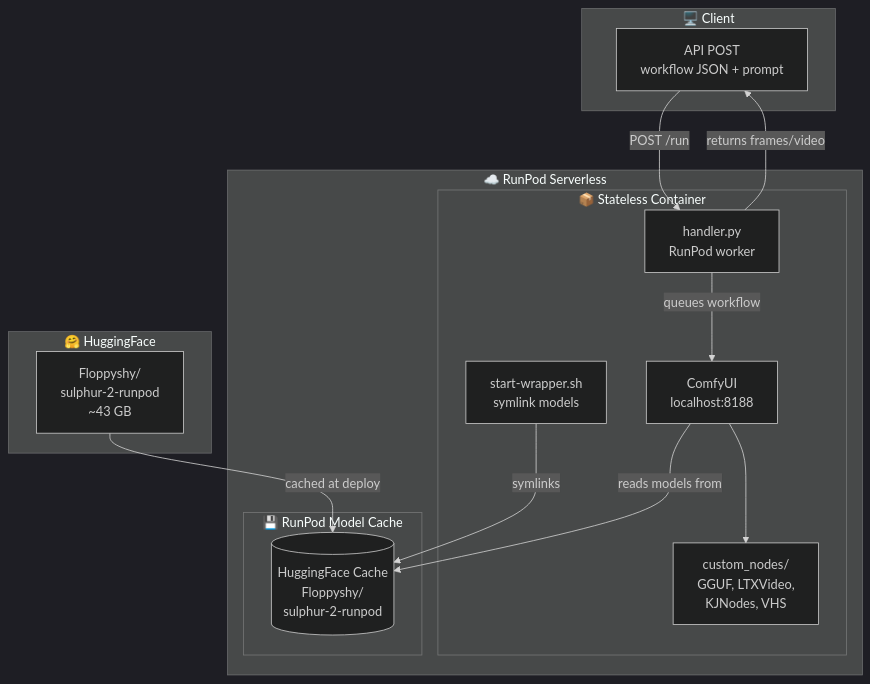
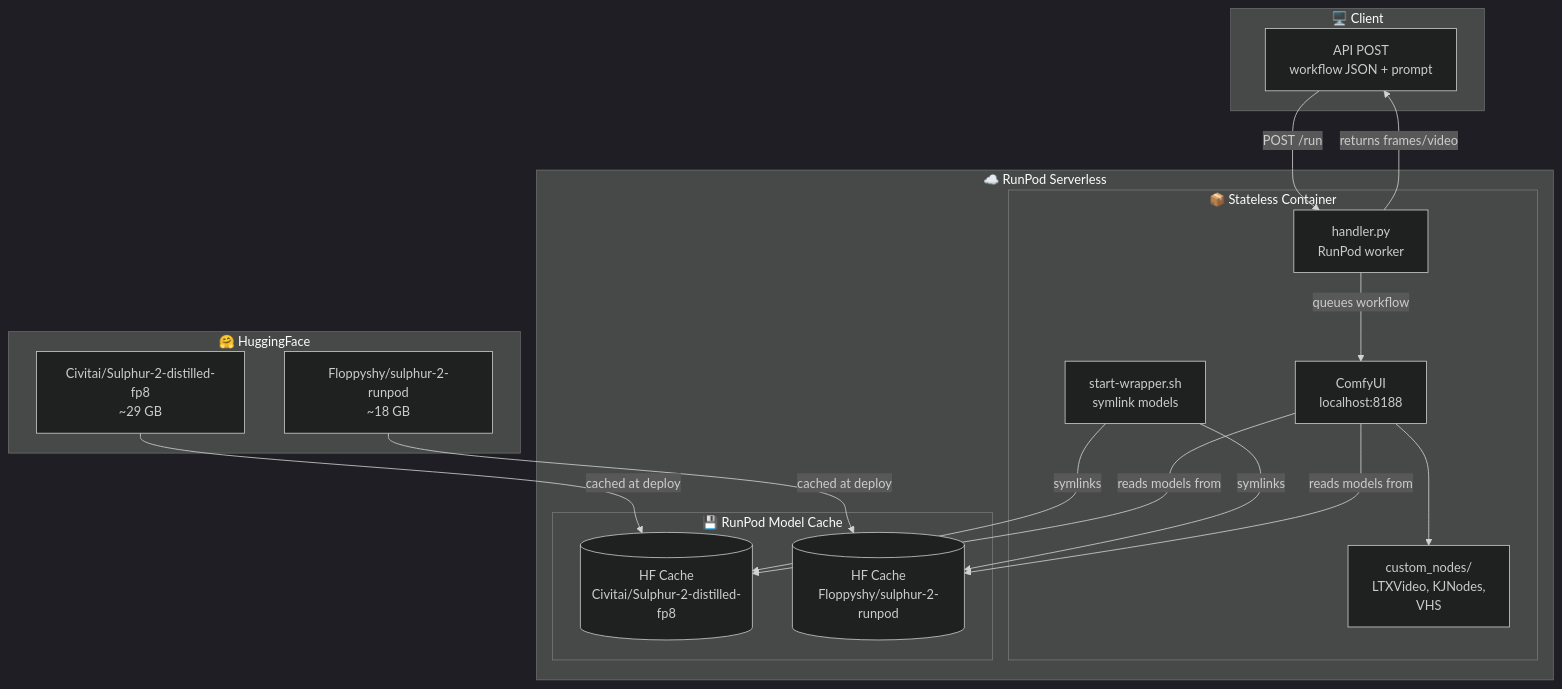
Before and after one commit to floppyshy-byte/sulphur-runpod-build: the first of 5 diagrams in WORKFLOW.md, drawn with Mermaid (dark theme). The commit also changed other lines of this file and 2 other files, not shown here.

````diff
--- a/WORKFLOW.md
+++ b/WORKFLOW.md
@@ -5,31 +5,36 @@
 ```mermaid
 flowchart TB
     subgraph Client["🖥️ Client"]
         A[API POST<br/>workflow JSON + prompt]
     end
 
     subgraph RunPod["☁️ RunPod Serverless"]
         subgraph Container["📦 Stateless Container"]
             B[handler.py<br/>RunPod worker]
             C[start-wrapper.sh<br/>symlink models]
             D[ComfyUI<br/>localhost:8188]
-            E[custom_nodes/<br/>GGUF, LTXVideo,<br/>KJNodes, VHS]
+            E[custom_nodes/<br/>LTXVideo, KJNodes,<br/>VHS]
         end
 
         subgraph Cache["💾 RunPod Model Cache"]
-            F[(HuggingFace Cache<br/>Floppyshy/<br/>sulphur-2-runpod)]
+            F1[(HF Cache<br/>Civitai/Sulphur-2-distilled-fp8)]
+            F2[(HF Cache<br/>Floppyshy/sulphur-2-runpod)]
         end
     end
 
     subgraph HF["🤗 HuggingFace"]
-        G[Floppyshy/<br/>sulphur-2-runpod<br/>~43 GB]
+        G1[Civitai/Sulphur-2-distilled-fp8<br/>~29 GB]
+        G2[Floppyshy/sulphur-2-runpod<br/>~18 GB]
     end
 
     A -->|"POST /run"| B
-    C -->|symlinks| F
+    C -->|symlinks| F1
+    C -->|symlinks| F2
     B -->|"queues workflow"| D
     D --> E
-    D -->|reads models from| F
-    G -->|"cached at deploy"| F
+    D -->|reads models from| F1
+    D -->|reads models from| F2
+    G1 -->|"cached at deploy"| F1
+    G2 -->|"cached at deploy"| F2
     B -->|"returns frames/video"| A
 ```
````
